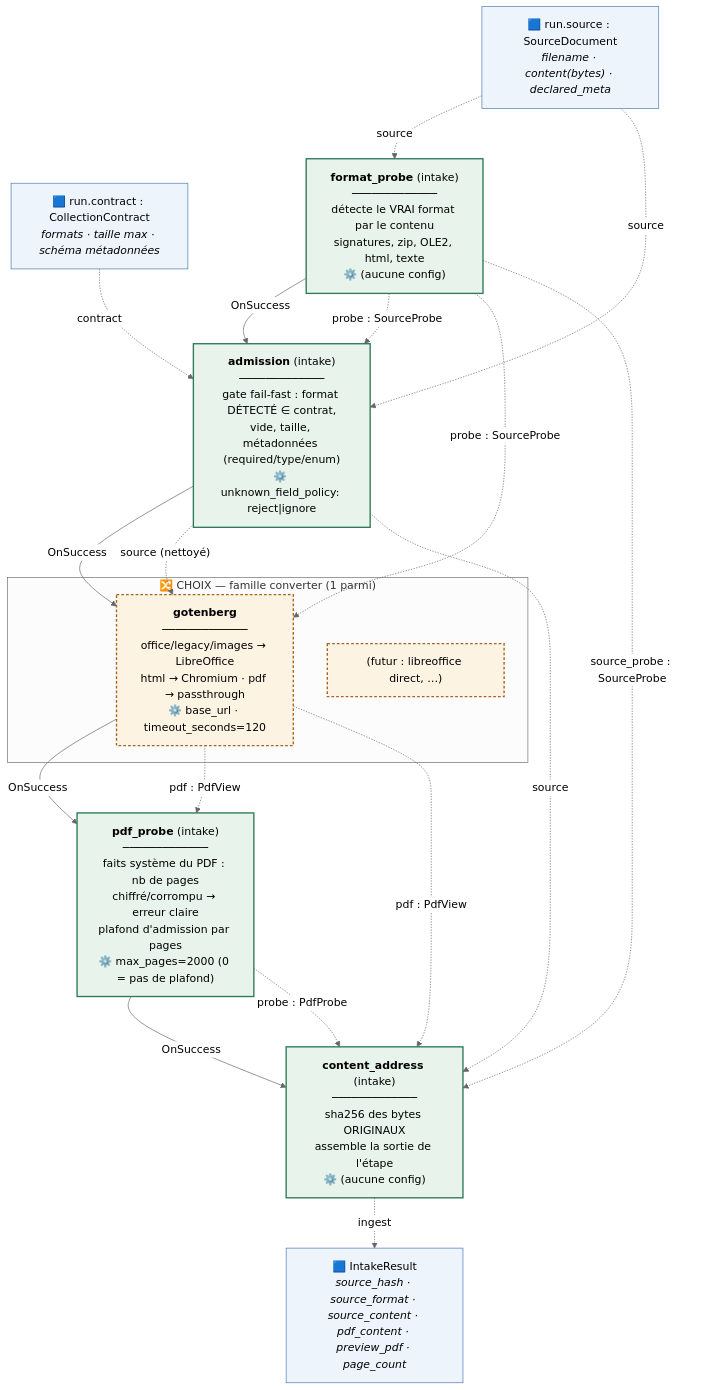
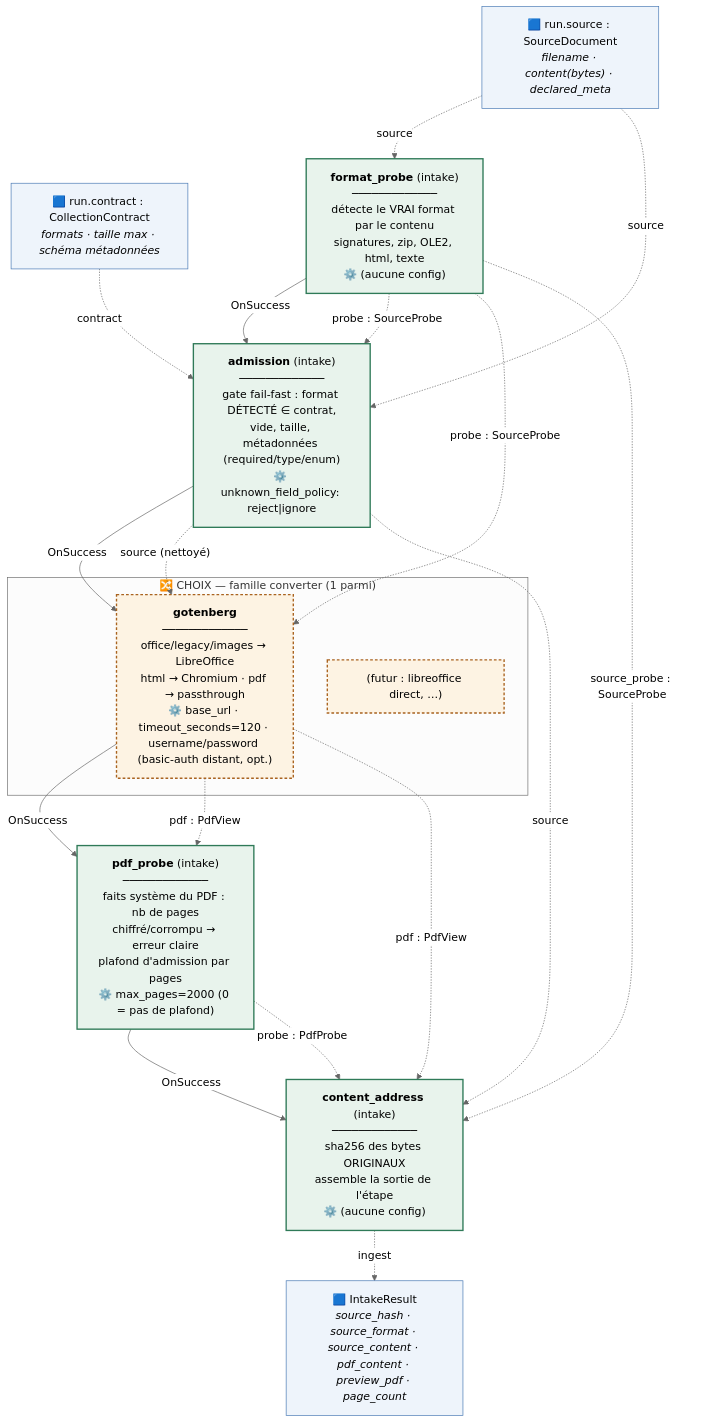
One commit to Florian-BARRE/DocForge changed the second of 4 diagrams in src/docforge/PIPELINE.md. Above: the diagram before and after it, drawn with Mermaid (neutral theme). The commit also changed other lines of this file and 7 other files, not shown here.

First line of the commit message:
feat(pipeline): optional basic-auth for a remote Gotenberg converter

````diff
--- a/src/docforge/PIPELINE.md
+++ b/src/docforge/PIPELINE.md
@@ -90,39 +90,39 @@
 ```mermaid
 flowchart TB
     classDef artefact fill:#eef4fb,stroke:#4a7ab5,stroke-width:1px
     classDef node fill:#e8f3ec,stroke:#2f7a58,stroke-width:2px
     classDef choice fill:#fdf3e3,stroke:#a9631f,stroke-width:2px,stroke-dasharray: 4 3
 
     SRC["🟦 run.source : SourceDocument<br/><i>filename · content(bytes) · declared_meta</i>"]:::artefact
     CTR["🟦 run.contract : CollectionContract<br/><i>formats · taille max · schéma métadonnées</i>"]:::artefact
 
     PROBE["<b>format_probe</b> (intake)<br/>─────────────<br/>détecte le VRAI format par le contenu<br/>signatures, zip, OLE2, html, texte<br/>⚙️ (aucune config)"]:::node
     ADMIT["<b>admission</b> (intake)<br/>─────────────<br/>gate fail-fast : format DÉTECTÉ ∈ contrat,<br/>vide, taille, métadonnées (required/type/enum)<br/>⚙️ unknown_field_policy: reject|ignore"]:::node
 
     subgraph CONV["🔀 CHOIX — famille converter (1 parmi)"]
-        GOT["<b>gotenberg</b><br/>─────────────<br/>office/legacy/images → LibreOffice<br/>html → Chromium · pdf → passthrough<br/>⚙️ base_url · timeout_seconds=120"]:::choice
+        GOT["<b>gotenberg</b><br/>─────────────<br/>office/legacy/images → LibreOffice<br/>html → Chromium · pdf → passthrough<br/>⚙️ base_url · timeout_seconds=120 · username/password (basic-auth distant, opt.)"]:::choice
         FUT1["(futur : libreoffice direct, …)"]:::choice
     end
 
     PDFP["<b>pdf_probe</b> (intake)<br/>─────────────<br/>faits système du PDF : nb de pages<br/>chiffré/corrompu → erreur claire<br/>plafond d'admission par pages<br/>⚙️ max_pages=2000 (0 = pas de plafond)"]:::node
     CAD["<b>content_address</b> (intake)<br/>─────────────<br/>sha256 des bytes ORIGINAUX<br/>assemble la sortie de l'étape<br/>⚙️ (aucune config)"]:::node
 
     OUT["🟦 IntakeResult<br/><i>source_hash · source_format · source_content · pdf_content · preview_pdf · page_count</i>"]:::artefact
 
     SRC -.->|"source"| PROBE
     SRC -.->|"source"| ADMIT
     CTR -.->|"contract"| ADMIT
     PROBE -->|"OnSuccess"| ADMIT
     PROBE -.->|"probe : SourceProbe"| ADMIT
     ADMIT -->|"OnSuccess"| GOT
     ADMIT -.->|"source (nettoyé)"| GOT
     PROBE -.->|"probe : SourceProbe"| GOT
     GOT -->|"OnSuccess"| PDFP
     GOT -.->|"pdf : PdfView"| PDFP
     PDFP -->|"OnSuccess"| CAD
     ADMIT -.->|"source"| CAD
     PROBE -.->|"source_probe : SourceProbe"| CAD
     GOT -.->|"pdf : PdfView"| CAD
     PDFP -.->|"probe : PdfProbe"| CAD
     CAD -.->|"ingest"| OUT
 ```
````
